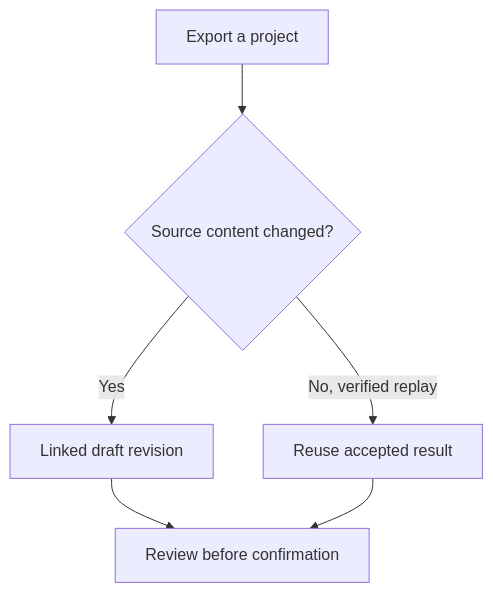
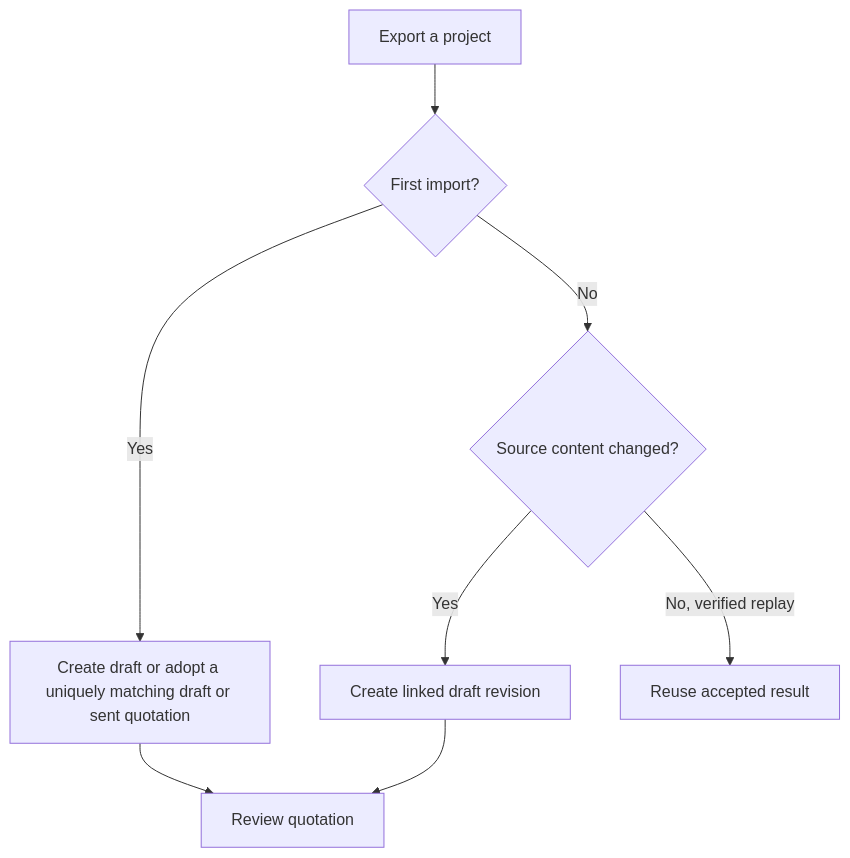
Before and after one commit to SheetMetalConnect/smc-mintlify: the second of 2 diagrams in qf2odoo/workflow.mdx, drawn with Mermaid. The commit also changed other lines of this file and 4 other files, not shown here.

````diff
--- a/qf2odoo/workflow.mdx
+++ b/qf2odoo/workflow.mdx
@@ -67,8 +67,10 @@
 ```mermaid
 flowchart TD
-  E["Export a project"] --> C{"Source content changed?"}
-  C -->|Yes| R["Linked draft revision"]
+  E["Export a project"] --> F{"First import?"}
+  F -->|Yes| D["Create draft or adopt a uniquely matching draft or sent quotation"]
+  F -->|No| C{"Source content changed?"}
+  C -->|Yes| R["Create linked draft revision"]
   C -->|No, verified replay| A["Reuse accepted result"]
-  R --> V["Review before confirmation"]
-  A --> V
+  D --> V["Review quotation"]
+  R --> V
 ```
````
